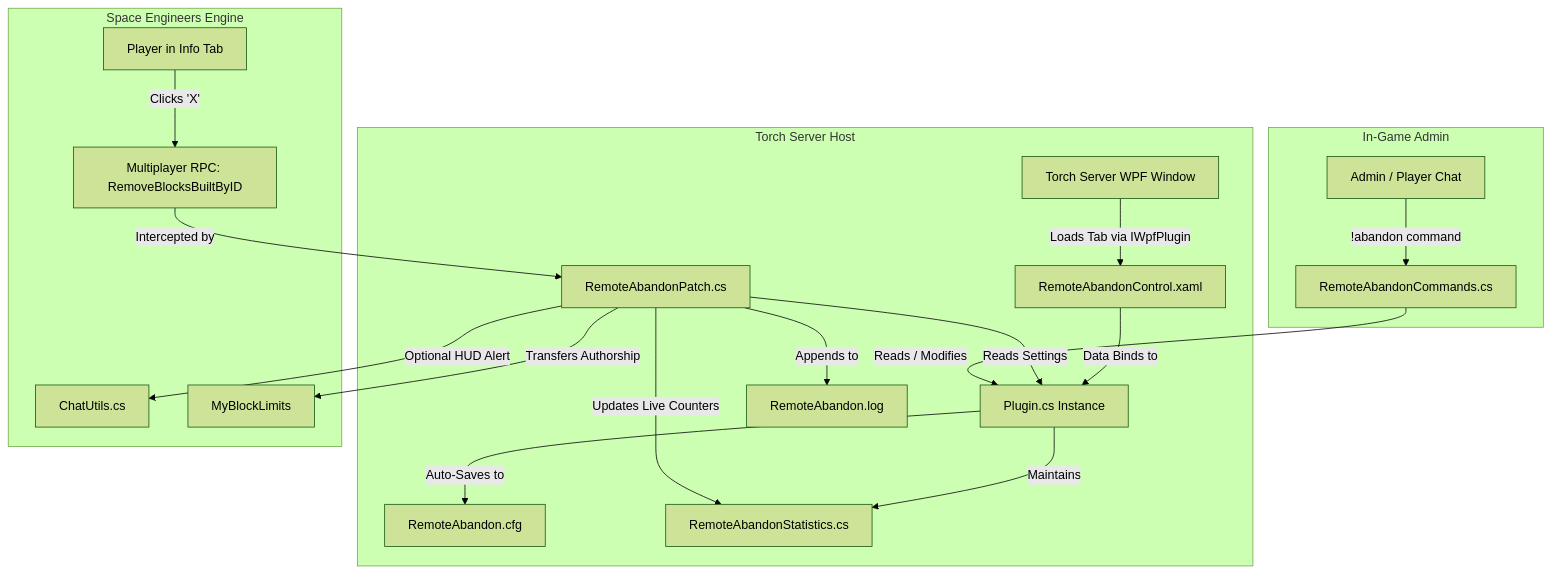
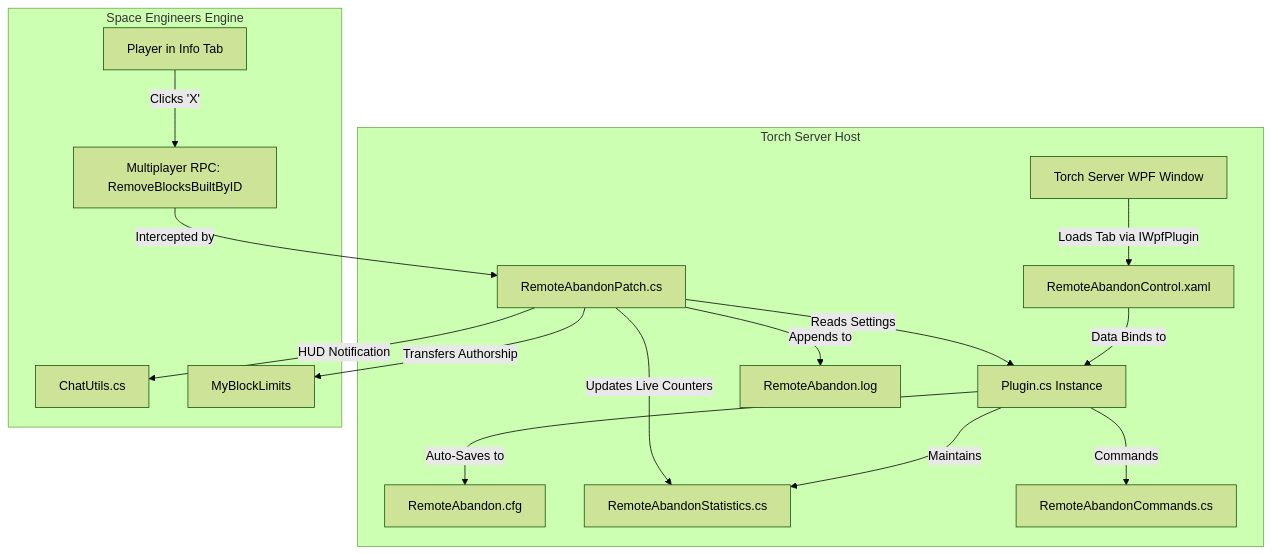
One commit to GV-Server-Mods/TorchRemoteCleanupPlugin changed the first of 2 diagrams in README.md. Above: the diagram before and after it, drawn with Mermaid (forest theme). The commit also changed other lines of this file, not shown here.

````diff
--- a/README.md
+++ b/README.md
@@ -21,24 +29,20 @@
 ```mermaid
 graph TD
     subgraph Torch Server Host
         TorchGUI[Torch Server WPF Window] -->|Loads Tab via IWpfPlugin| UI[RemoteAbandonControl.xaml]
         UI -->|Data Binds to| Plugin[Plugin.cs Instance]
         Plugin -->|Auto-Saves to| CfgFile[RemoteAbandon.cfg]
         Plugin -->|Maintains| Stats[RemoteAbandonStatistics.cs]
+        Plugin -->|Commands| Commands[RemoteAbandonCommands.cs]
         Patch -->|Appends to| LogFile[RemoteAbandon.log]
     end
 
     subgraph Space Engineers Engine
         Player[Player in Info Tab] -->|Clicks 'X'| NetRPC[Multiplayer RPC: RemoveBlocksBuiltByID]
         NetRPC -->|Intercepted by| Patch[RemoteAbandonPatch.cs]
         Patch -->|Reads Settings| Plugin
         Patch -->|Updates Live Counters| Stats
-        Patch -->|Optional HUD Alert| Chat[ChatUtils.cs]
+        Patch -->|HUD Notification| Chat[ChatUtils.cs]
         Patch -->|Transfers Authorship| GameLimits[MyBlockLimits]
     end
-
-    subgraph In-Game Admin
-        AdminPlayer[Admin / Player Chat] -->|!abandon command| Cmds[RemoteAbandonCommands.cs]
-        Cmds -->|Reads / Modifies| Plugin
-    end
 ```
````
